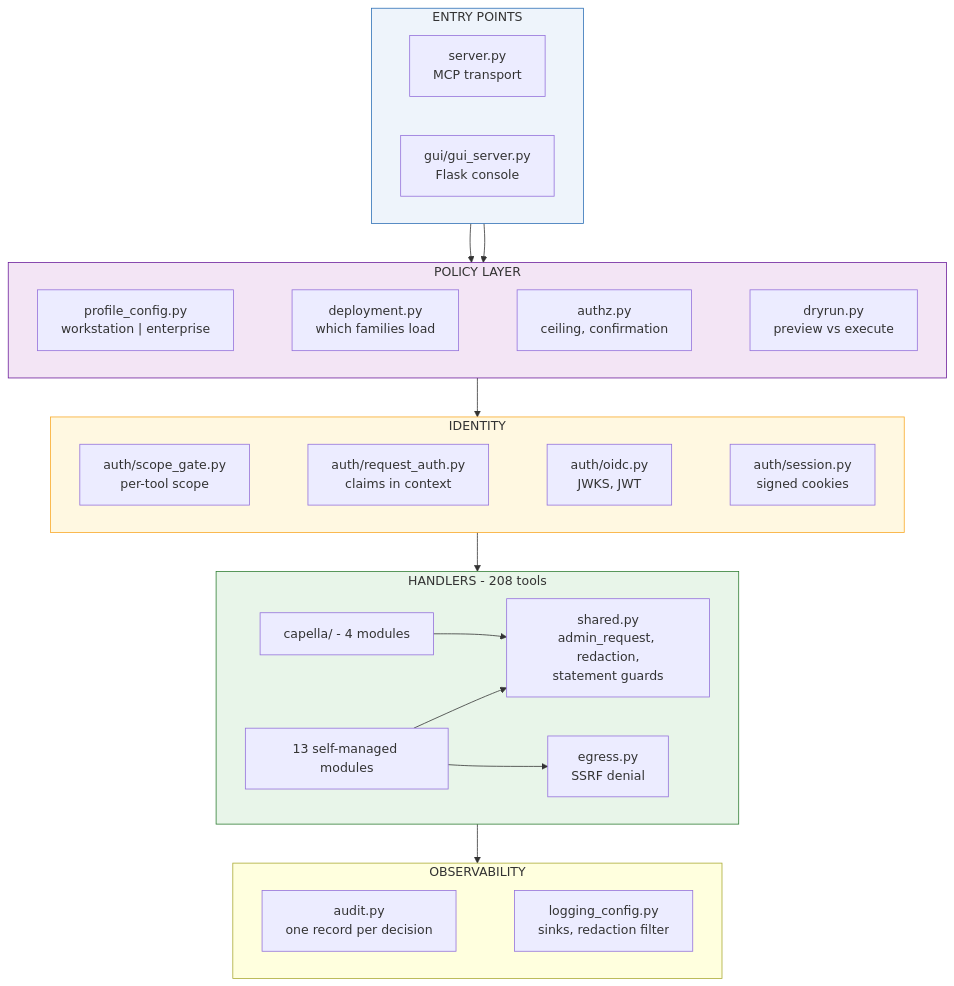
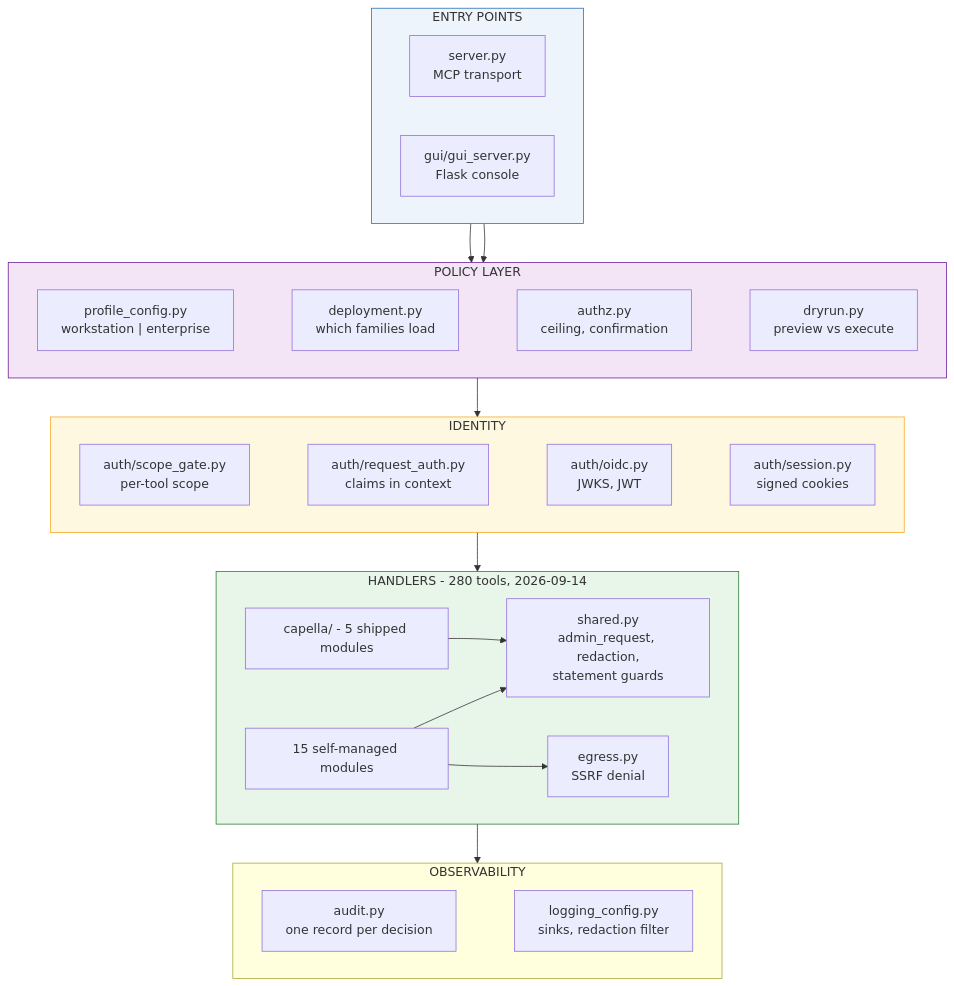
One commit to Couchbase-Ecosystem/couchbase_admin_mcp_server changed the diagram in docs/diagrams-src/03_modules.mmd. Above: the diagram before and after it, drawn with Mermaid. The commit also changed 29 other files, not shown here.

```diff
--- a/docs/diagrams-src/03_modules.mmd
+++ b/docs/diagrams-src/03_modules.mmd
@@ -1,47 +1,47 @@
 flowchart TB
   subgraph E["ENTRY POINTS"]
     direction LR
     S["server.py<br/>MCP transport"]
     G["gui/gui_server.py<br/>Flask console"]
   end
   subgraph POL["POLICY LAYER"]
     direction LR
     PC["profile_config.py<br/>workstation | enterprise"]
     DP["deployment.py<br/>which families load"]
     AZ["authz.py<br/>ceiling, confirmation"]
     DRY["dryrun.py<br/>preview vs execute"]
     PC ~~~ DP ~~~ AZ ~~~ DRY
   end
   subgraph ID["IDENTITY"]
     direction LR
     SG["auth/scope_gate.py<br/>per-tool scope"]
     RA["auth/request_auth.py<br/>claims in context"]
     OI["auth/oidc.py<br/>JWKS, JWT"]
     SE["auth/session.py<br/>signed cookies"]
     SG ~~~ RA ~~~ OI ~~~ SE
   end
-  subgraph H["HANDLERS - 208 tools"]
+  subgraph H["HANDLERS - 280 tools, 2026-09-14"]
     direction LR
     SH["shared.py<br/>admin_request, redaction,<br/>statement guards"]
     EG["egress.py<br/>SSRF denial"]
-    SM["13 self-managed modules"]
-    CP["capella/ - 4 modules"]
+    SM["15 self-managed modules"]
+    CP["capella/ - 5 shipped modules"]
   end
   subgraph OB["OBSERVABILITY"]
     direction LR
     AU["audit.py<br/>one record per decision"]
     LC["logging_config.py<br/>sinks, redaction filter"]
     AU ~~~ LC
   end
   S --> POL
   G --> POL
   POL --> ID
   ID --> H
   SM --> SH
   SM --> EG
   CP --> SH
   H --> OB
   style E fill:#eef4fb,stroke:#2c6fb5
   style POL fill:#f3e5f5,stroke:#6a1b9a
   style ID fill:#fff8e1,stroke:#f9a825
   style H fill:#e8f5e9,stroke:#2e7d32
```
